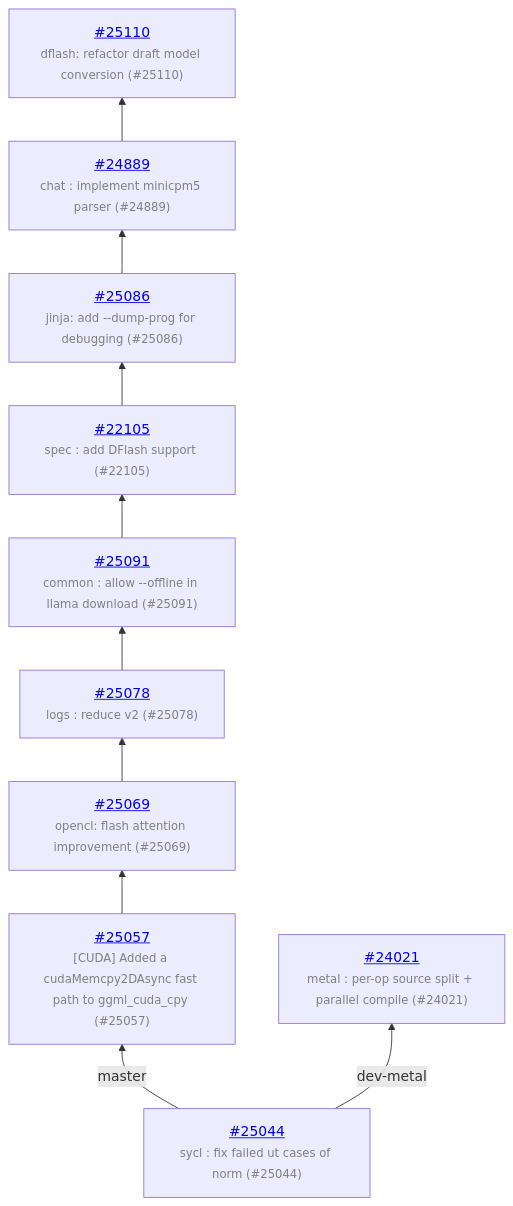
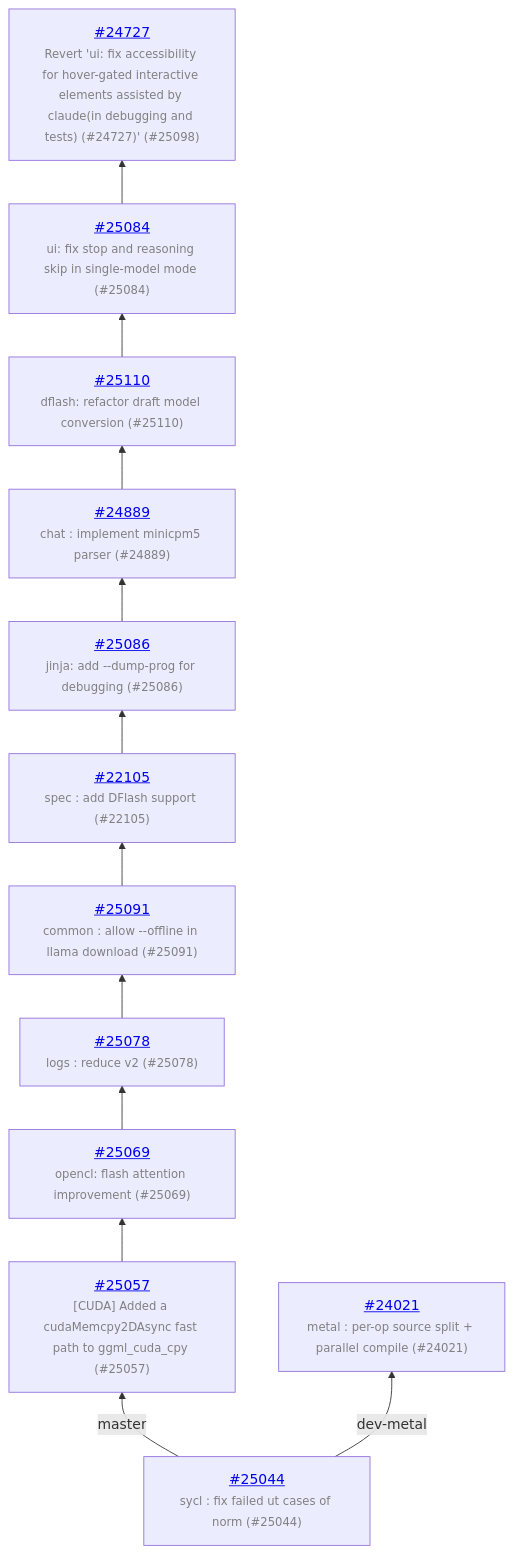
One commit to ggml-org/llama.cpp-dev changed the diagram in README.md. Above: the diagram before and after it, drawn with Mermaid. The commit also changed other lines of this file and 1 other file, not shown here.

Commit message:
auto: update

````diff
--- a/README.md
+++ b/README.md
@@ -13,22 +13,26 @@
 ```mermaid
 graph BT
     COMMON["<a href='https://github.com/ggml-org/llama.cpp/pull/25044'>#25044</a><br/><span style='font-size:smaller;color:gray'>sycl : fix failed ut cases of norm (#25044)</span>"]
     COMMON -->|master| C_0ed235e
     C_0ed235e["<a href='https://github.com/ggml-org/llama.cpp/pull/25057'>#25057</a><br/><span style='font-size:smaller;color:gray'>[CUDA] Added a cudaMemcpy2DAsync fast path to ggml_cuda_cpy (#25057)</span>"]
     C_0ed235e --> C_ebd048f
     C_ebd048f["<a href='https://github.com/ggml-org/llama.cpp/pull/25069'>#25069</a><br/><span style='font-size:smaller;color:gray'>opencl: flash attention improvement (#25069)</span>"]
     C_ebd048f --> C_27c8bb4
     C_27c8bb4["<a href='https://github.com/ggml-org/llama.cpp/pull/25078'>#25078</a><br/><span style='font-size:smaller;color:gray'>logs : reduce v2 (#25078)</span>"]
     C_27c8bb4 --> C_c1a1c8e
     C_c1a1c8e["<a href='https://github.com/ggml-org/llama.cpp/pull/25091'>#25091</a><br/><span style='font-size:smaller;color:gray'>common : allow --offline in llama download (#25091)</span>"]
     C_c1a1c8e --> C_d1b3425
     C_d1b3425["<a href='https://github.com/ggml-org/llama.cpp/pull/22105'>#22105</a><br/><span style='font-size:smaller;color:gray'>spec : add DFlash support (#22105)</span>"]
     C_d1b3425 --> C_f68a788
     C_f68a788["<a href='https://github.com/ggml-org/llama.cpp/pull/25086'>#25086</a><br/><span style='font-size:smaller;color:gray'>jinja: add --dump-prog for debugging (#25086)</span>"]
     C_f68a788 --> C_c818263
     C_c818263["<a href='https://github.com/ggml-org/llama.cpp/pull/24889'>#24889</a><br/><span style='font-size:smaller;color:gray'>chat : implement minicpm5 parser (#24889)</span>"]
     C_c818263 --> C_fa72bc6
     C_fa72bc6["<a href='https://github.com/ggml-org/llama.cpp/pull/25110'>#25110</a><br/><span style='font-size:smaller;color:gray'>dflash: refactor draft model conversion (#25110)</span>"]
+    C_fa72bc6 --> C_7cb8576
+    C_7cb8576["<a href='https://github.com/ggml-org/llama.cpp/pull/25084'>#25084</a><br/><span style='font-size:smaller;color:gray'>ui: fix stop and reasoning skip in single-model mode (#25084)</span>"]
+    C_7cb8576 --> C_dbdaece
+    C_dbdaece["<a href='https://github.com/ggml-org/llama.cpp/pull/24727'>#24727</a><br/><span style='font-size:smaller;color:gray'>Revert 'ui: fix accessibility for hover-gated interactive elements assisted by claude(in debugging and tests) (#24727)' (#25098)</span>"]
     COMMON -->|dev-metal| C_f7c1df6
     C_f7c1df6["<a href='https://github.com/ggml-org/llama.cpp/pull/24021'>#24021</a><br/><span style='font-size:smaller;color:gray'>metal : per-op source split + parallel compile (#24021)</span>"]
 ```
````
